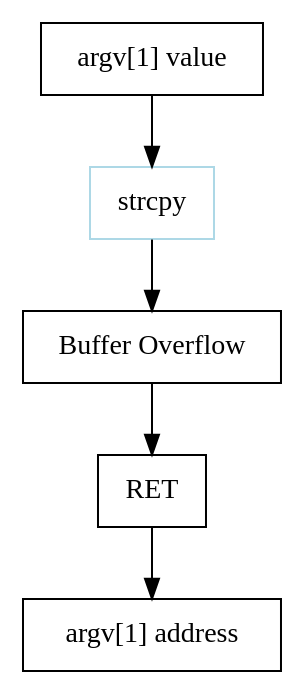
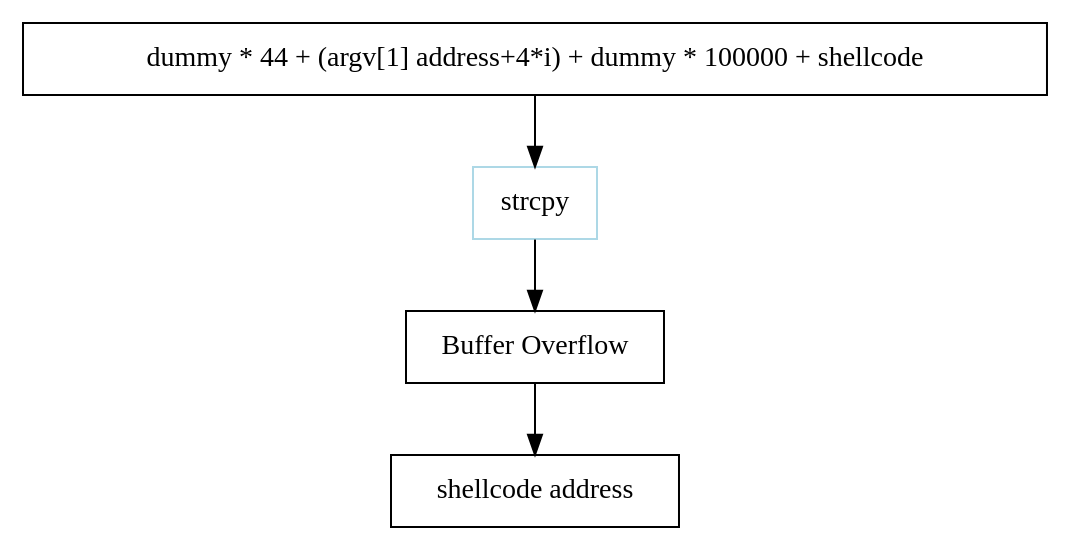
The diagram in docs/wargame/pwnable/lob9.rst (joizel/ctf_writeup), drawn with Graphviz before and after one commit. The commit also changed other lines of this file and 11 other files, not shown here.

```diff
--- a/docs/wargame/pwnable/lob9.rst
+++ b/docs/wargame/pwnable/lob9.rst
@@ -6,11 +6,10 @@
 .. graphviz::
 
     digraph foo {
-        a -> b -> c -> d -> e;
+        a -> b -> c -> d;
 
-        a [shape=box, label="argv[1] value"];
+        a [shape=box, label="dummy * 44 + (argv[1] address+4*i) + dummy * 100000 + shellcode"];
         b [shape=box, color=lightblue, label="strcpy"];
         c [shape=box, label="Buffer Overflow"];
-        d [shape=box, label="RET"];
-        e [shape=box, label="argv[1] address"];
+        d [shape=box, label="shellcode address"];
     }
```
